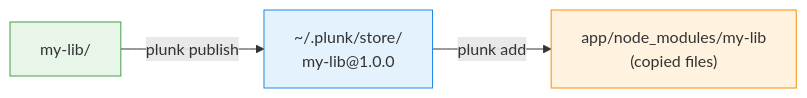
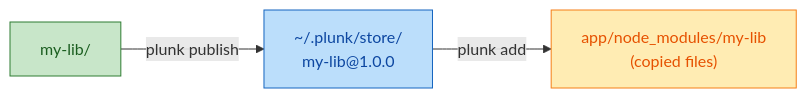
The third of 4 diagrams in docs/comparison.md (oleg-kuibar/plunk), drawn with Mermaid before and after one commit. The commit also changed other lines of this file and 10 other files, not shown here.

First line of the commit message:
docs: theme-safe mermaid colors, tighten prose

````diff
--- a/docs/comparison.md
+++ b/docs/comparison.md
@@ -40,9 +41,9 @@
 ```mermaid
 graph LR
     A["my-lib/"] -- "plunk publish" --> B["~/.plunk/store/<br/>my-lib@1.0.0"]
     B -- "plunk add" --> C["app/node_modules/my-lib<br/>(copied files)"]
 
-    style A fill:#e8f5e9,stroke:#43a047
-    style B fill:#e3f2fd,stroke:#1e88e5
-    style C fill:#fff3e0,stroke:#fb8c00
+    style A fill:#c8e6c9,stroke:#2e7d32,color:#1b5e20
+    style B fill:#bbdefb,stroke:#1565c0,color:#0d47a1
+    style C fill:#ffecb3,stroke:#f57f17,color:#e65100
 ```
````
